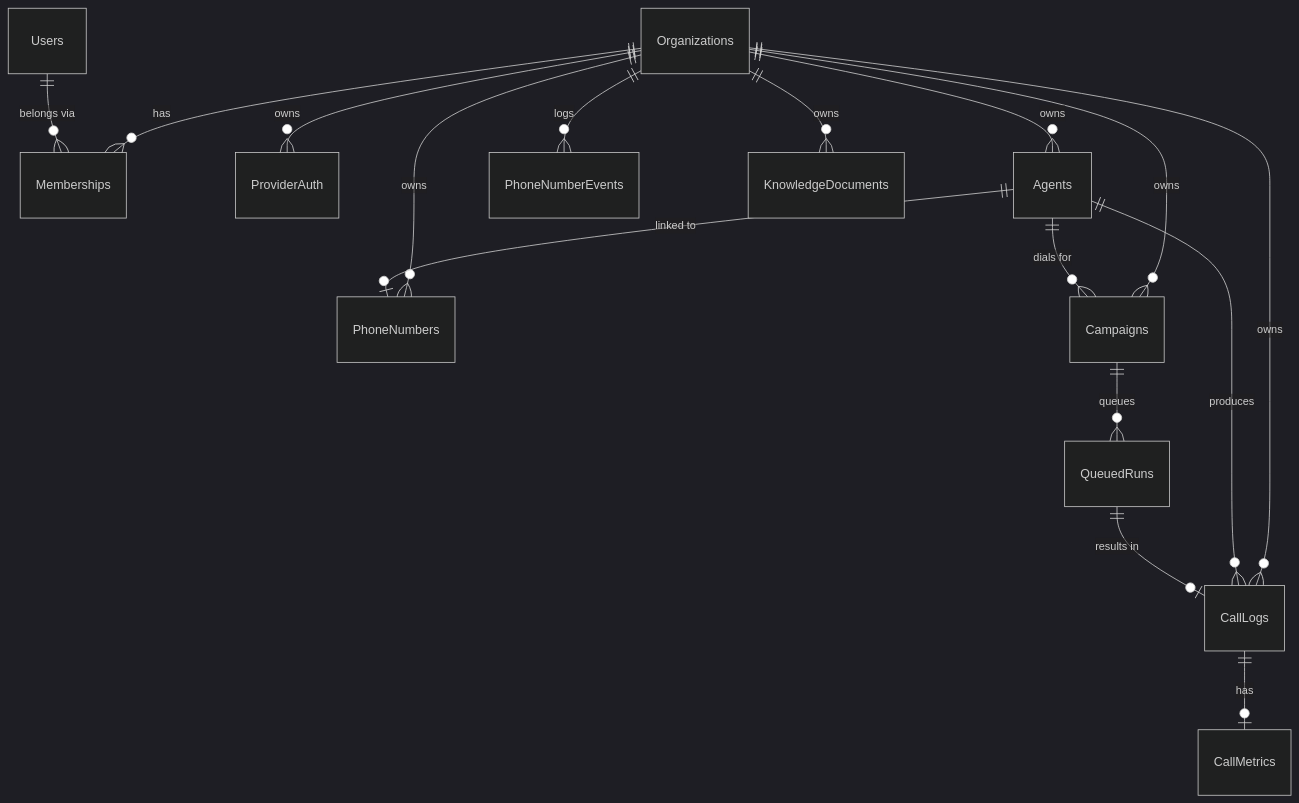
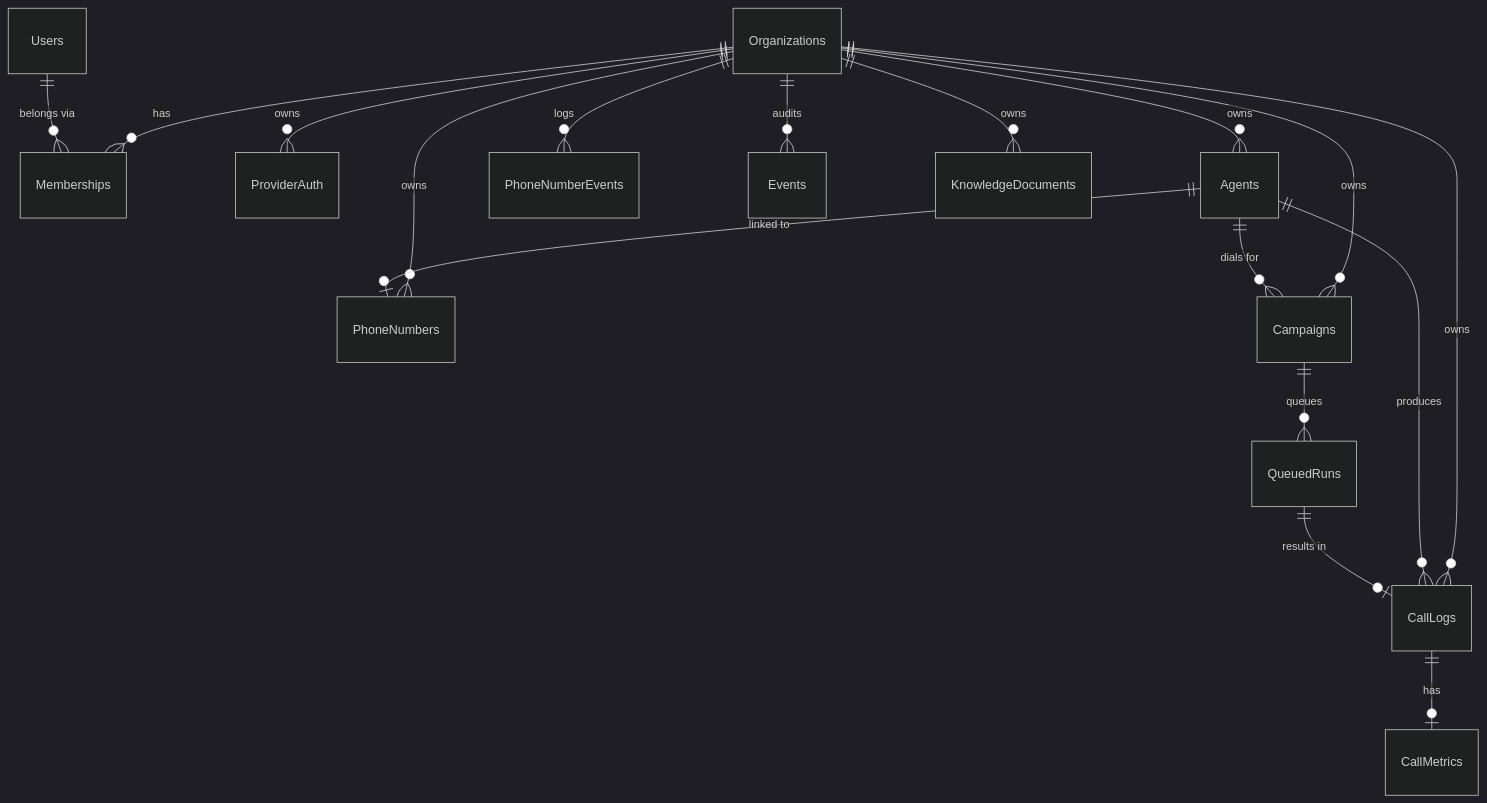
The diagram in docs/developer/reference/data-model.md (COSS-India/VoicEra), drawn with Mermaid (dark theme) before and after one commit. The commit also changed other lines of this file and 42 other files, not shown here.

````diff
--- a/docs/developer/reference/data-model.md
+++ b/docs/developer/reference/data-model.md
@@ -16,18 +16,19 @@
 ```mermaid
 erDiagram
   Organizations ||--o{ Memberships : "has"
   Users ||--o{ Memberships : "belongs via"
   Organizations ||--o{ ProviderAuth : "owns"
   Organizations ||--o{ Agents : "owns"
   Organizations ||--o{ PhoneNumbers : "owns"
   Organizations ||--o{ PhoneNumberEvents : "logs"
+  Organizations ||--o{ Events : "audits"
   Organizations ||--o{ KnowledgeDocuments : "owns"
   Organizations ||--o{ CallLogs : "owns"
   Organizations ||--o{ Campaigns : "owns"
   Agents ||--o| PhoneNumbers : "linked to"
   Agents ||--o{ CallLogs : "produces"
   Agents ||--o{ Campaigns : "dials for"
   Campaigns ||--o{ QueuedRuns : "queues"
   QueuedRuns ||--o| CallLogs : "results in"
   CallLogs ||--o| CallMetrics : "has"
 ```
````
